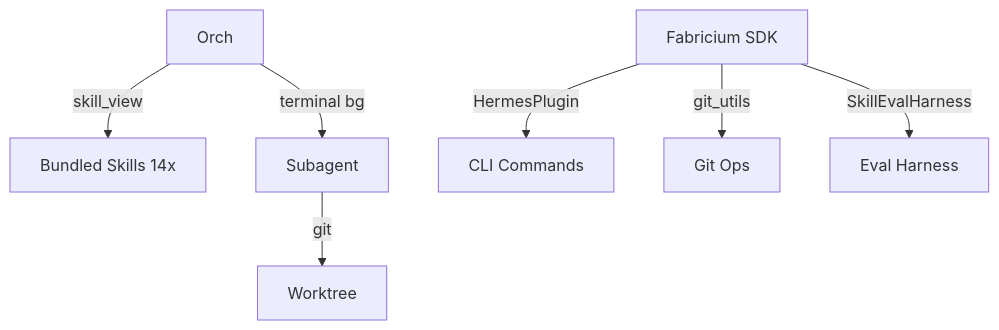
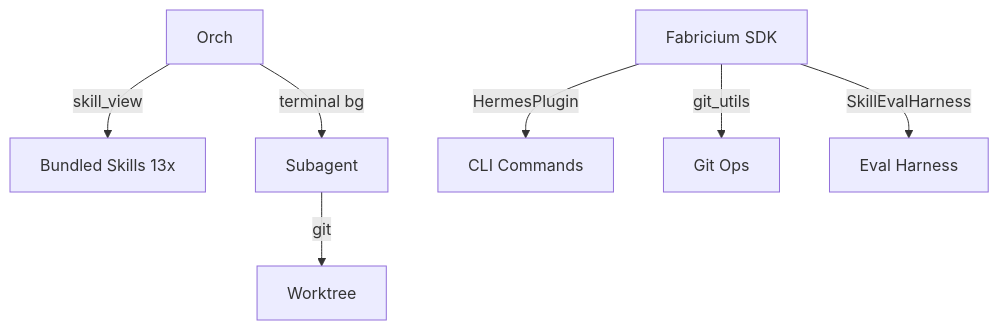
Before and after one commit to Uniterra-Solutions/jovaltus: the second of 2 diagrams in docs/architecture.md, drawn with Mermaid. The commit also changed other lines of this file and 9 other files, not shown here.

First line of the commit message:
refactor: remove to-environment bundled skill; update pipeline docs

````diff
--- a/docs/architecture.md
+++ b/docs/architecture.md
@@ -32,9 +32,9 @@
 ```mermaid
 graph TD
-    Orch -->|skill_view| Skills[Bundled Skills 14x]
+    Orch -->|skill_view| Skills[Bundled Skills 13x]
     Orch -->|terminal bg| Sub[Subagent]
     Sub -->|git| WT[Worktree]
     Fabricium[Fabricium SDK] -->|HermesPlugin| CLI[CLI Commands]
     Fabricium -->|git_utils| Git[Git Ops]
     Fabricium -->|SkillEvalHarness| Eval[Eval Harness]
 ```
````
